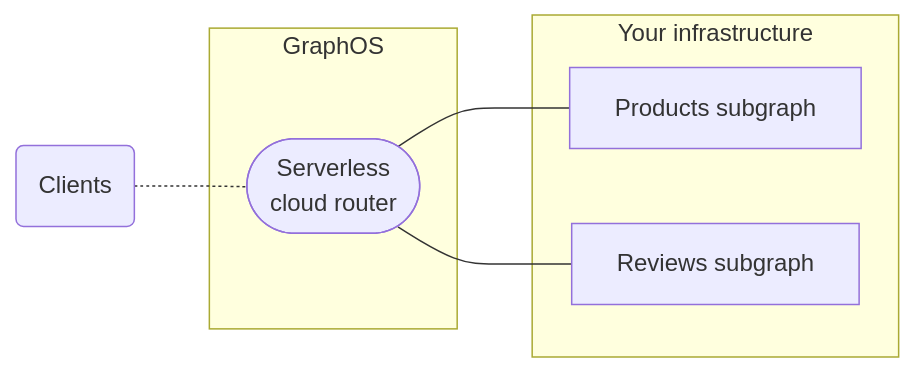
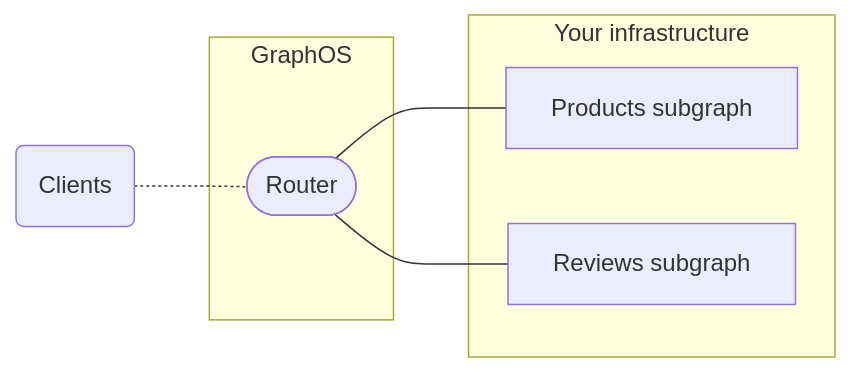
One commit to apollographql/docs changed the third of 5 diagrams in src/content/studio/org/graphs.mdx. Above: the diagram before and after it, drawn with Mermaid. The commit also changed other lines of this file, not shown here.

Commit message:
More WIP on updating graphs overview article

````diff
--- a/src/content/studio/org/graphs.mdx
+++ b/src/content/studio/org/graphs.mdx
@@ -59,14 +119,14 @@
 ```mermaid
 flowchart LR;
   clients(Clients);
   subgraph "GraphOS";
-  router(["Serverless<br/>cloud router"]);
+  router(["Router"]);
   end;
   subgraph "Your infrastructure";
   products[Products subgraph];
   reviews[Reviews subgraph]
   router --- products & reviews
   end;
   clients -.- router;
   class clients secondary;
 ```
````
